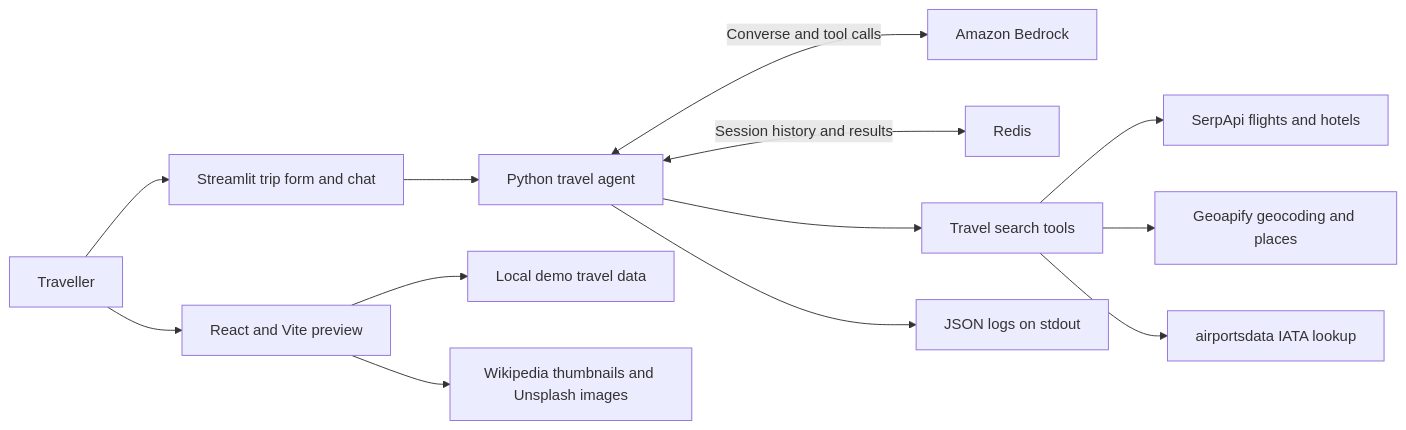
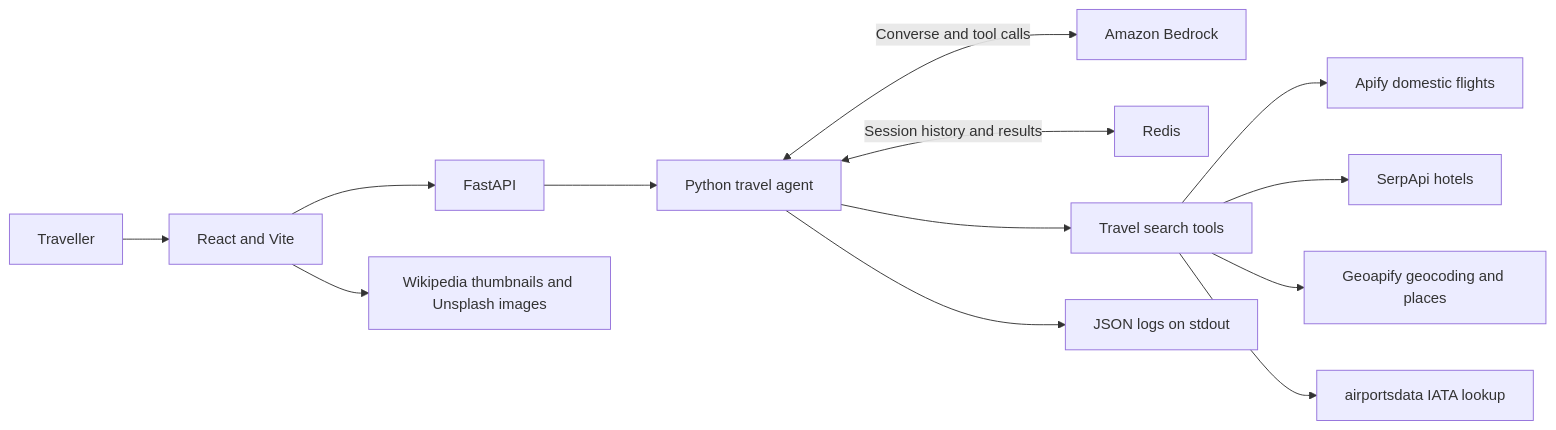
The diagram in README.md (arun1267/travel_agent_project), drawn with Mermaid before and after one commit. The commit also changed other lines of this file and 29 other files, not shown here.

````diff
--- a/README.md
+++ b/README.md
@@ -11,15 +11,15 @@
 ```mermaid
 flowchart LR
-    Traveller --> Streamlit["Streamlit trip form and chat"]
-    Streamlit --> Agent["Python travel agent"]
+    Traveller --> React["React and Vite"]
+    React --> API["FastAPI"]
+    API --> Agent["Python travel agent"]
     Agent <-->|"Converse and tool calls"| Bedrock["Amazon Bedrock"]
     Agent <-->|"Session history and results"| Redis["Redis"]
     Agent --> Tools["Travel search tools"]
-    Tools --> SerpApi["SerpApi flights and hotels"]
+    Tools --> Apify["Apify domestic flights"]
+    Tools --> SerpApi["SerpApi hotels"]
     Tools --> Geoapify["Geoapify geocoding and places"]
     Tools --> Airports["airportsdata IATA lookup"]
     Agent --> Logs["JSON logs on stdout"]
-    Traveller --> React["React and Vite preview"]
-    React --> Demo["Local demo travel data"]
     React --> Images["Wikipedia thumbnails and Unsplash images"]
 ```
````
